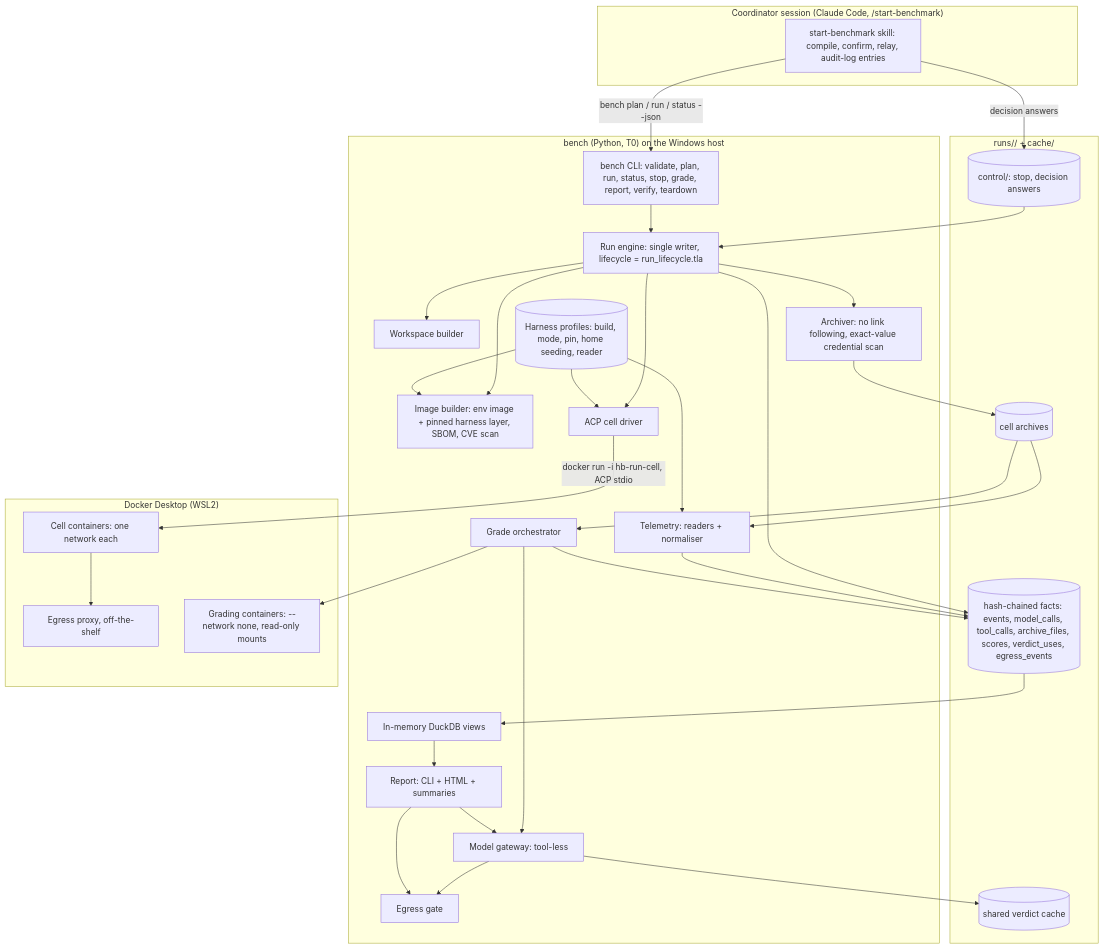
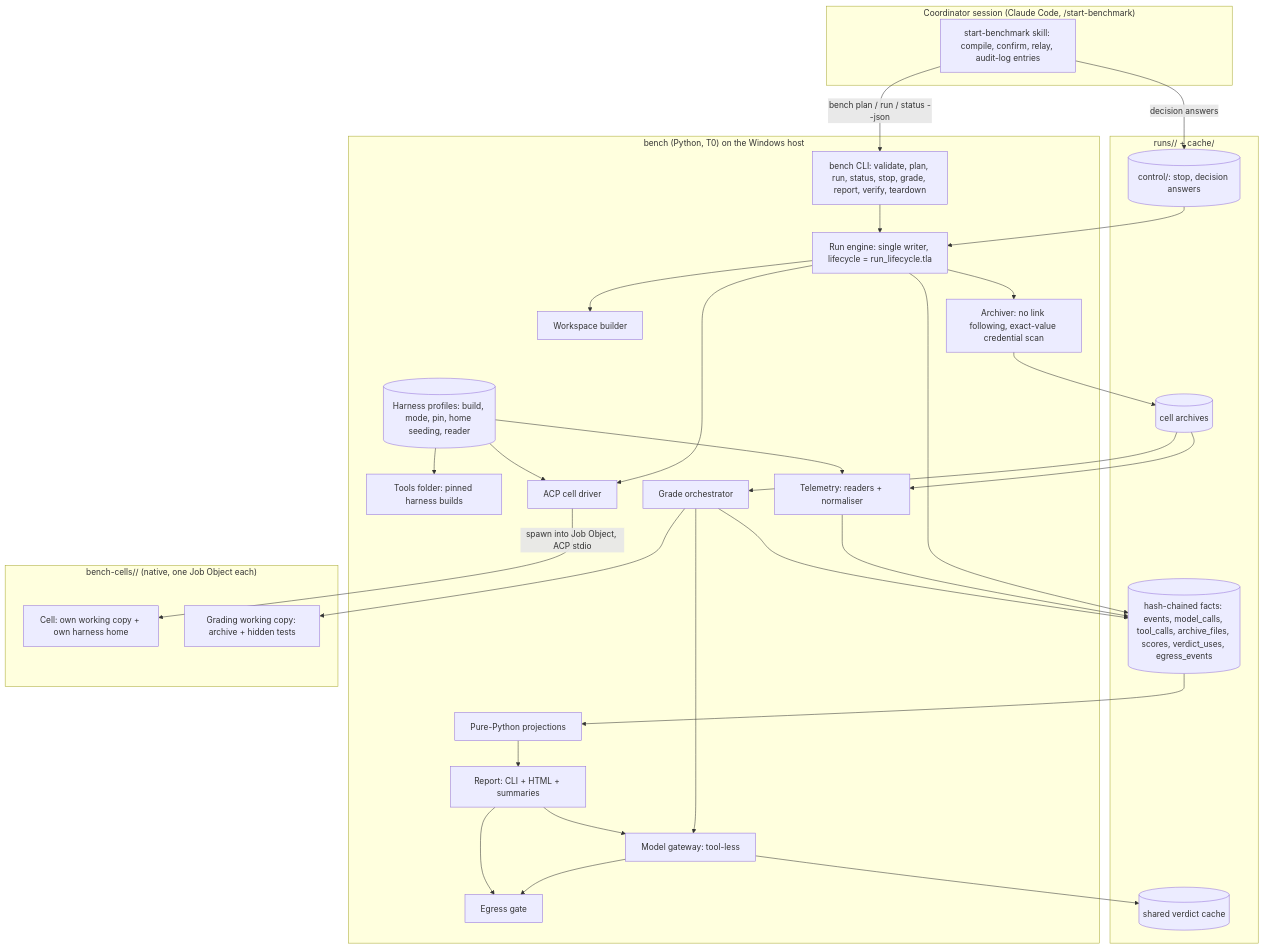
The diagram in docs/architecture.md (timianmalloo/x-harness-x-model-bench), drawn with Mermaid before and after one commit. The commit also changed other lines of this file and 23 other files, not shown here.

First line of the commit message:
docs: ADR-0013 - cells run natively, each in its own working copy (supersedes ADR-0001)

````diff
--- a/docs/architecture.md
+++ b/docs/architecture.md
@@ -77,51 +76,49 @@
 ```mermaid
 flowchart TB
   subgraph Session["Coordinator session (Claude Code, /start-benchmark)"]
     SK[start-benchmark skill: compile, confirm, relay, audit-log entries]
   end
   subgraph Host["bench (Python, T0) on the Windows host"]
     CLI[bench CLI: validate, plan, run, status, stop, grade, report, verify, teardown]
     ENG[Run engine: single writer, lifecycle = run_lifecycle.tla]
     WSB[Workspace builder]
-    IMG[Image builder: env image + pinned harness layer, SBOM, CVE scan]
+    TLS[Tools folder: pinned harness builds]
     PRF[(Harness profiles: build, mode, pin, home seeding, reader)]
     DRV[ACP cell driver]
     ARC[Archiver: no link following, exact-value credential scan]
     TEL[Telemetry: readers + normaliser]
     GRD[Grade orchestrator]
     GW[Model gateway: tool-less]
     EG[Egress gate]
-    VIEWS[In-memory DuckDB views]
+    VIEWS[Pure-Python projections]
     REP[Report: CLI + HTML + summaries]
   end
   subgraph Store["runs/<run_id>/ + cache/"]
     LED[(hash-chained facts: events, model_calls, tool_calls, archive_files, scores, verdict_uses, egress_events)]
     ARCH[(cell archives)]
     CTL[(control/: stop, decision answers)]
     VC[(shared verdict cache)]
   end
-  subgraph Docker["Docker Desktop (WSL2)"]
-    PROXY[Egress proxy, off-the-shelf]
-    CELL[Cell containers: one network each]
-    GC[Grading containers: --network none, read-only mounts]
+  subgraph Cells["bench-cells/<run>/<cell> (native, one Job Object each)"]
+    CELL[Cell: own working copy + own harness home]
+    GC[Grading working copy: archive + hidden tests]
   end
   SK -->|bench plan / run / status --json| CLI
   SK -->|decision answers| CTL
   CLI --> ENG
-  ENG --> WSB & IMG & DRV & ARC
-  PRF --> IMG & DRV & TEL
-  DRV -->|docker run -i hb-run-cell, ACP stdio| CELL
-  CELL --> PROXY
+  ENG --> WSB & DRV & ARC
+  PRF --> TLS & DRV & TEL
+  DRV -->|spawn into Job Object, ACP stdio| CELL
   CTL --> ENG
   ENG --> LED
   ARC --> ARCH
   ARCH --> TEL --> LED
   ARCH --> GRD --> GC
   GRD --> LED
   GRD --> GW
   GW --> VC
   GW --> EG
   LED --> VIEWS --> REP
   REP --> GW
   REP --> EG
 ```
````
